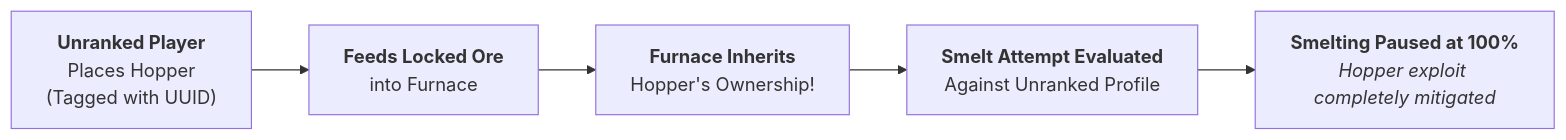
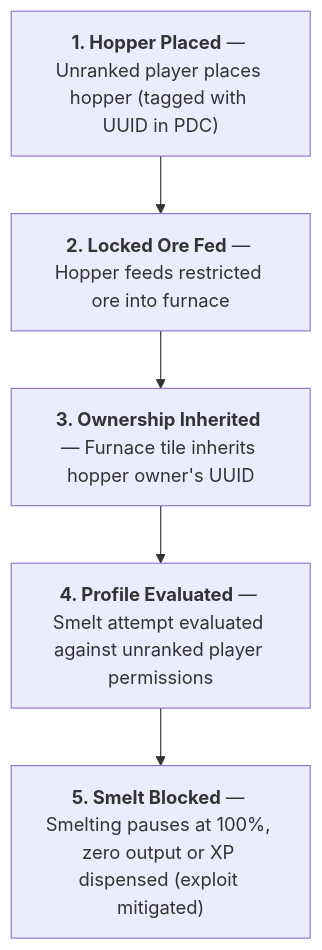
Before and after one commit to XZtotal/CraftingBlueprints-Wiki: the second of 2 diagrams in docs/mechanics/smelting-and-furnaces.md, drawn with Mermaid. The commit also changed other lines of this file and 31 other files, not shown here.

Commit message:
style(docs): optimize diagram proportions, center all diagrams, and fix table padding

````diff
--- a/docs/mechanics/smelting-and-furnaces.md
+++ b/docs/mechanics/smelting-and-furnaces.md
@@ -97,10 +100,8 @@
 ```mermaid
-flowchart LR
-    Player["<b>Unranked Player</b><br/>Places Hopper<br/>(Tagged with UUID)"]
-    Feed["<b>Feeds Locked Ore</b><br/>into Furnace"]
-    Inherit["<b>Furnace Inherits</b><br/>Hopper's Ownership!"]
-    Eval["<b>Smelt Attempt Evaluated</b><br/>Against Unranked Profile"]
-    Pause["<b>Smelting Paused at 100%</b><br/><i>Hopper exploit completely mitigated</i>"]
-
-    Player --> Feed --> Inherit --> Eval --> Pause
+flowchart TD
+    Step1["<b>1. Hopper Placed</b> — Unranked player places hopper (tagged with UUID in PDC)"]
+    --> Step2["<b>2. Locked Ore Fed</b> — Hopper feeds restricted ore into furnace"]
+    --> Step3["<b>3. Ownership Inherited</b> — Furnace tile inherits hopper owner's UUID"]
+    --> Step4["<b>4. Profile Evaluated</b> — Smelt attempt evaluated against unranked player permissions"]
+    --> Step5["<b>5. Smelt Blocked</b> — Smelting pauses at 100%, zero output or XP dispensed (exploit mitigated)"]
 ```
````
